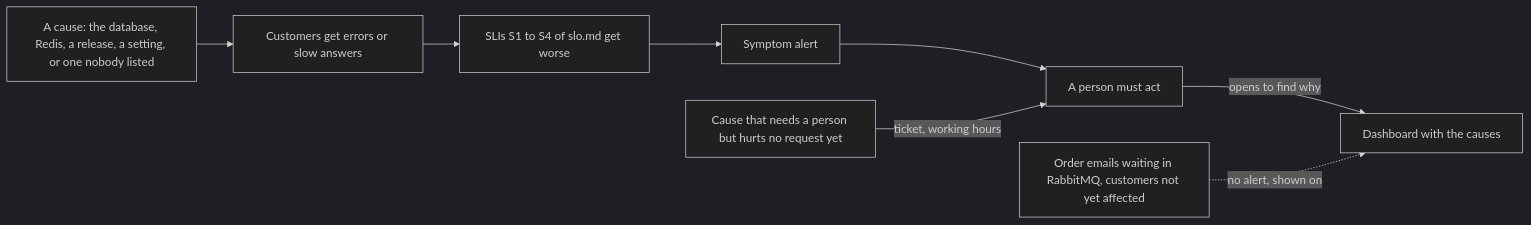
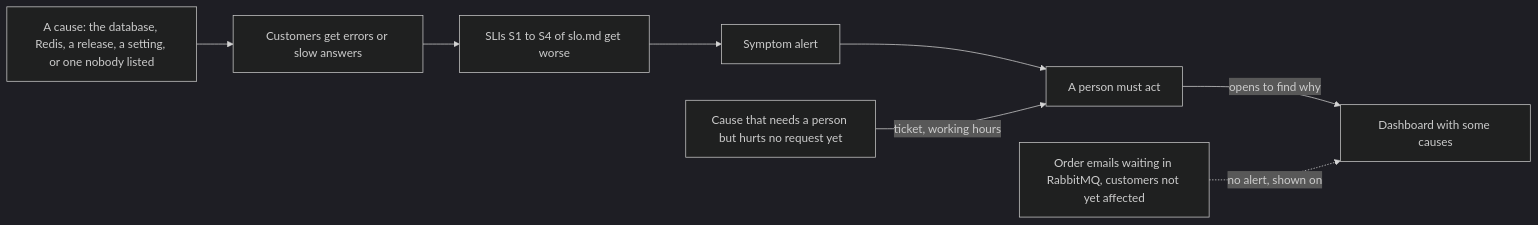
One commit to duyan11110/lo-trinh-architect changed the diagram in content/tracks/devops/incidents/devops.l4.alerting-on-symptoms.en.md. Above: the diagram before and after it, drawn with Mermaid (dark theme). The commit also changed other lines of this file and 21 other files, not shown here.

````diff
--- a/content/tracks/devops/incidents/devops.l4.alerting-on-symptoms.en.md
+++ b/content/tracks/devops/incidents/devops.l4.alerting-on-symptoms.en.md
@@ -45,10 +45,10 @@
 ```mermaid
 flowchart LR
   A[A cause: the database, Redis, a release, a setting, or one nobody listed] --> B[Customers get errors or slow answers]
   B --> C[SLIs S1 to S4 of slo.md get worse]
   C --> D[Symptom alert]
   D --> E[A person must act]
-  E -->|opens to find why| F[Dashboard with the causes]
+  E -->|opens to find why| F[Dashboard with some causes]
   G[Order emails waiting in RabbitMQ, customers not yet affected] -.->|no alert, shown on| F
   H[Cause that needs a person but hurts no request yet] -->|ticket, working hours| E
 ```
````
